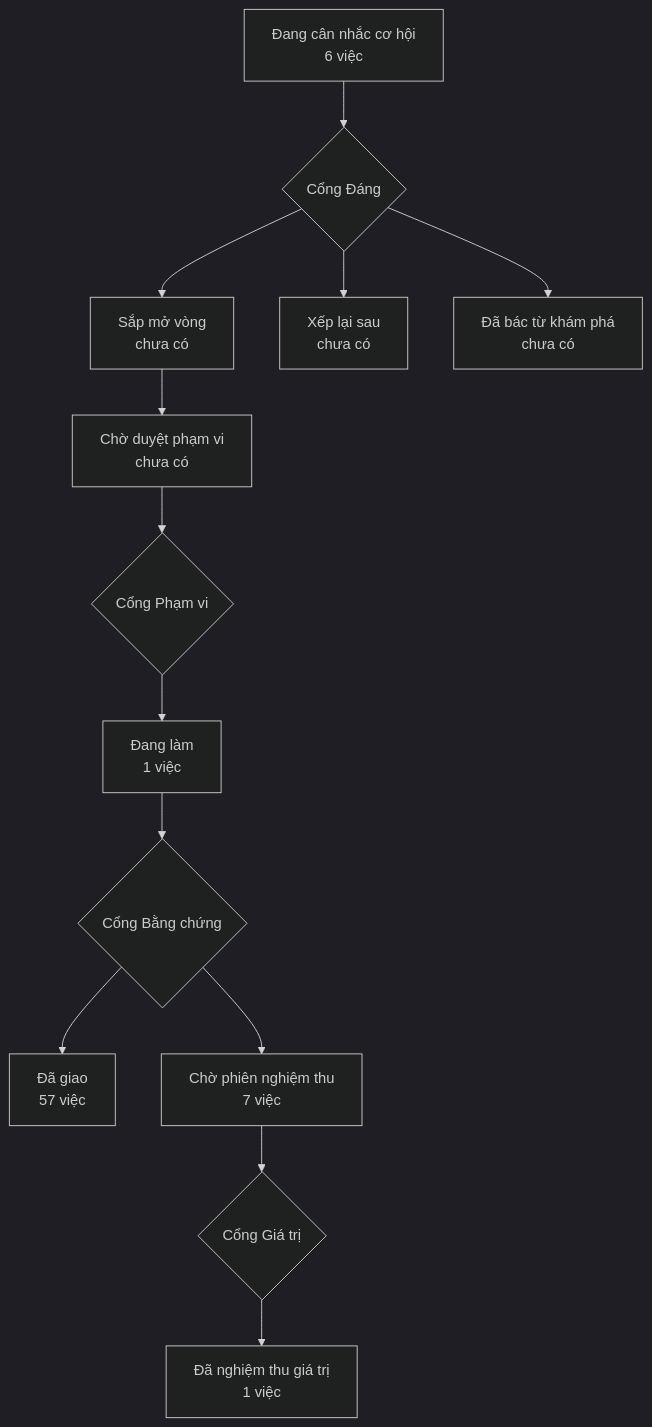
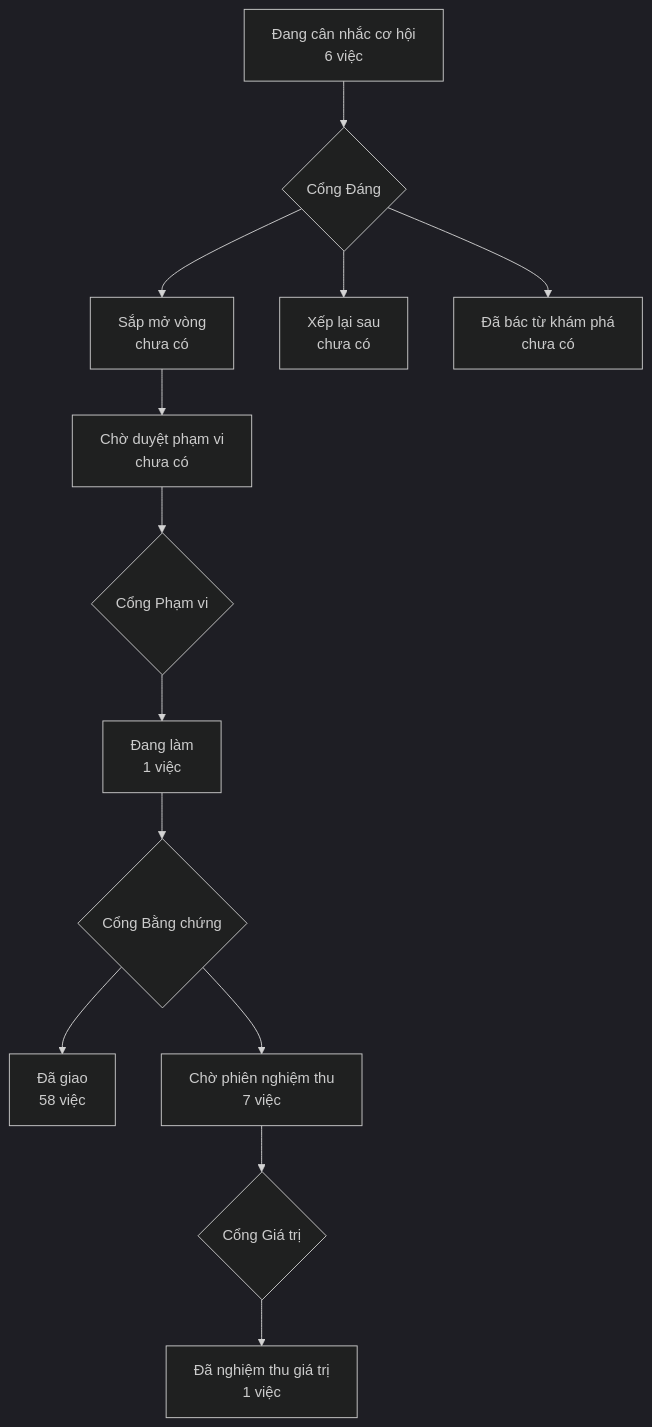
Before and after one commit to phanlemanh/crm-onehub: the diagram in PRODUCT-MAP.md, drawn with Mermaid (dark theme).

Commit message:
chore(product-map): ve lai sau khi keo onehub 2221fcf5

````diff
--- a/PRODUCT-MAP.md
+++ b/PRODUCT-MAP.md
@@ -6,12 +6,12 @@
 ```mermaid
 flowchart TD
   A["Đang cân nhắc cơ hội<br/>6 việc"] --> GD{"Cổng Đáng"}
   GD --> B["Sắp mở vòng<br/>chưa có"]
   GD --> XL["Xếp lại sau<br/>chưa có"]
   GD --> DB["Đã bác từ khám phá<br/>chưa có"]
   B --> CD["Chờ duyệt phạm vi<br/>chưa có"] --> GP{"Cổng Phạm vi"}
   GP --> DL["Đang làm<br/>1 việc"] --> GB{"Cổng Bằng chứng"}
-  GB --> DG["Đã giao<br/>57 việc"]
+  GB --> DG["Đã giao<br/>58 việc"]
   GB --> CN["Chờ phiên nghiệm thu<br/>7 việc"] --> GG{"Cổng Giá trị"}
   GG --> NT["Đã nghiệm thu giá trị<br/>1 việc"]
 ```
````
